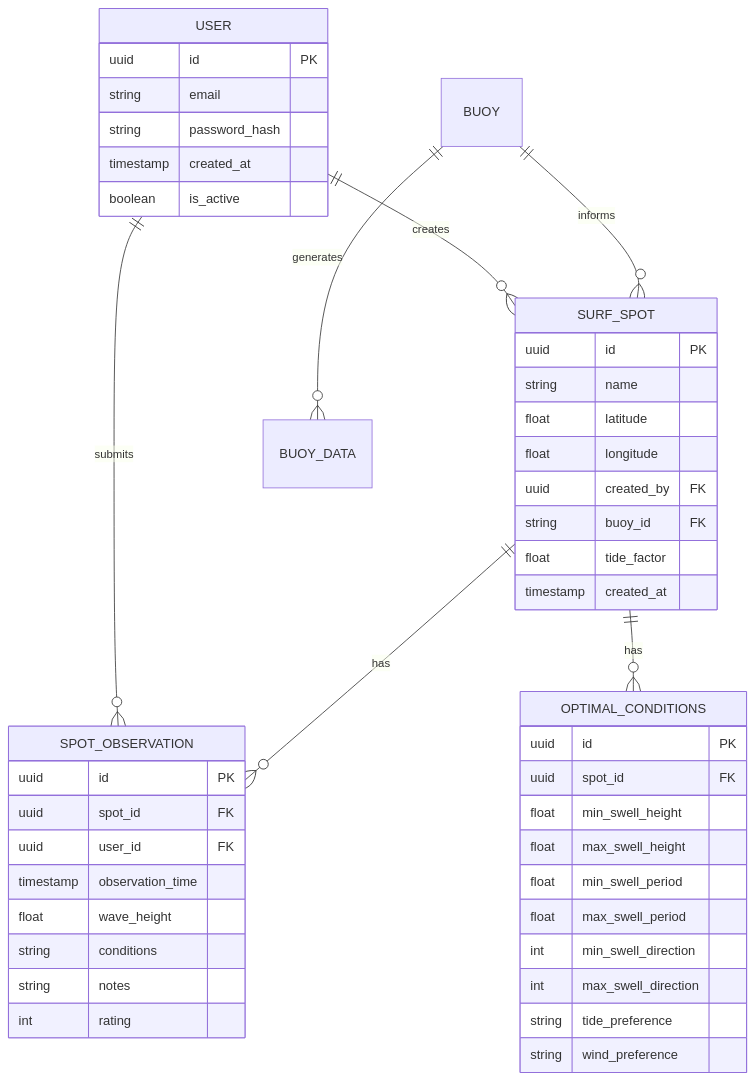
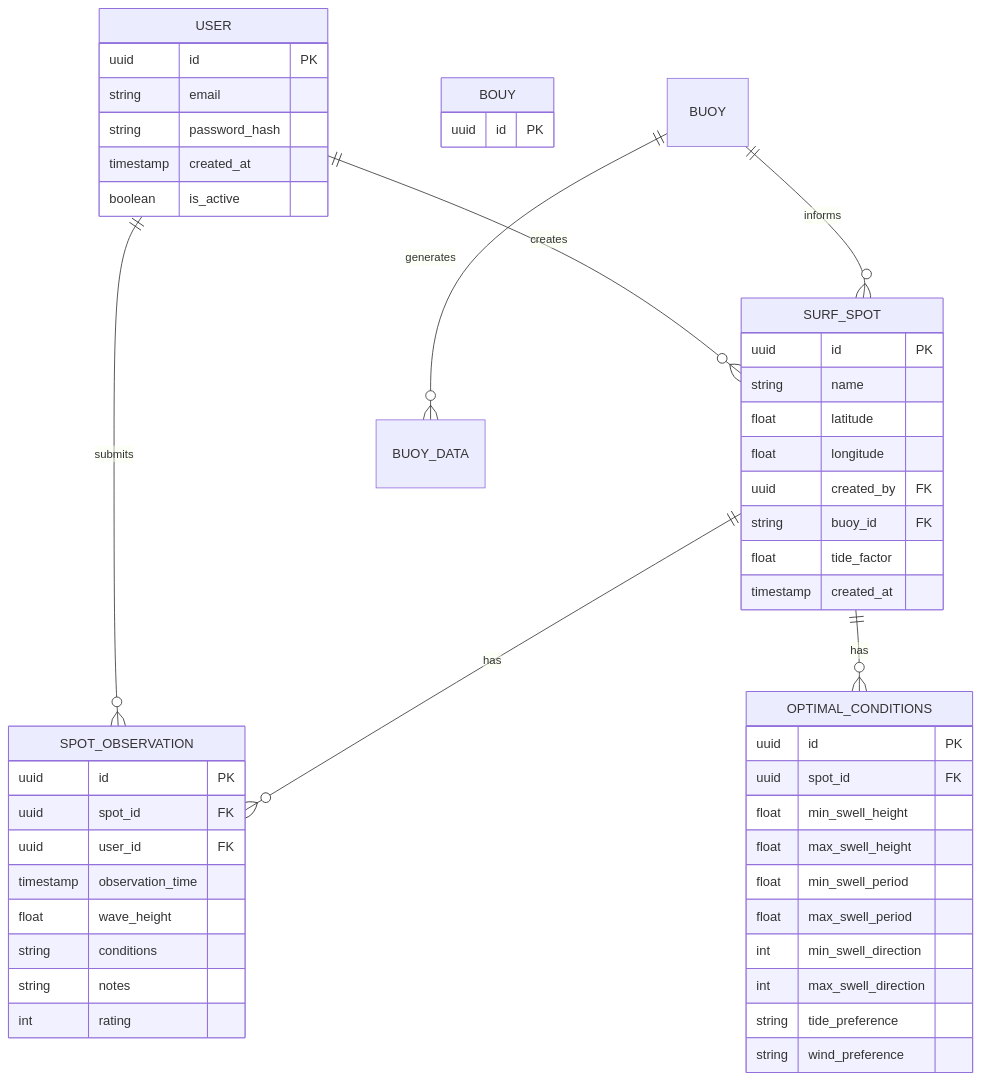
Before and after one commit to JoshFarwig/nana-nalu: the second of 5 diagrams in docs/surf_app_architecture.md, drawn with Mermaid. The commit also changed other lines of this file and 1 other file, not shown here.

````diff
--- a/docs/surf_app_architecture.md
+++ b/docs/surf_app_architecture.md
@@ -63,52 +66,56 @@
 ```mermaid
 erDiagram
     USER {
         uuid id PK
         string email
         string password_hash
         timestamp created_at
         boolean is_active
+    } 
+
+    BOUY { 
+      uuid id PK
     }
     
     SURF_SPOT {
         uuid id PK
         string name
         float latitude
         float longitude
         uuid created_by FK
         string buoy_id FK
         float tide_factor
         timestamp created_at
     }
     
     SPOT_OBSERVATION {
         uuid id PK
         uuid spot_id FK
         uuid user_id FK
         timestamp observation_time
         float wave_height
         string conditions
         string notes
         int rating
     }
     
     OPTIMAL_CONDITIONS {
         uuid id PK
         uuid spot_id FK
         float min_swell_height
         float max_swell_height
         float min_swell_period
         float max_swell_period
         int min_swell_direction
         int max_swell_direction
         string tide_preference
         string wind_preference
     }
     
     USER ||--o{ SURF_SPOT : creates
     USER ||--o{ SPOT_OBSERVATION : submits
     SURF_SPOT ||--o{ SPOT_OBSERVATION : has
     SURF_SPOT ||--o{ OPTIMAL_CONDITIONS : has
     BUOY ||--o{ BUOY_DATA : generates
     BUOY ||--o{ SURF_SPOT : informs
 ```
````
